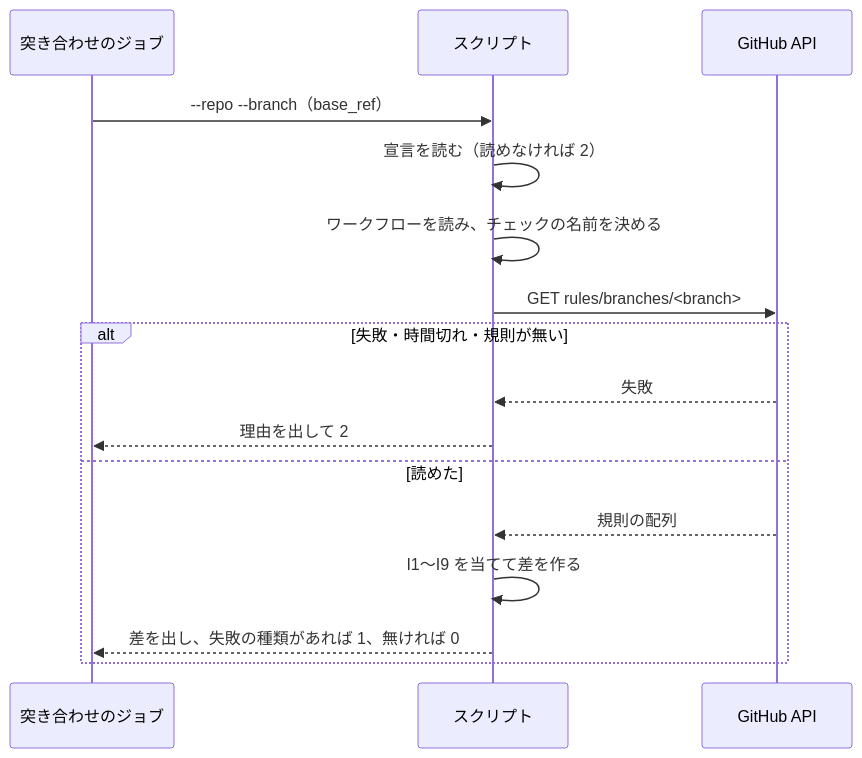
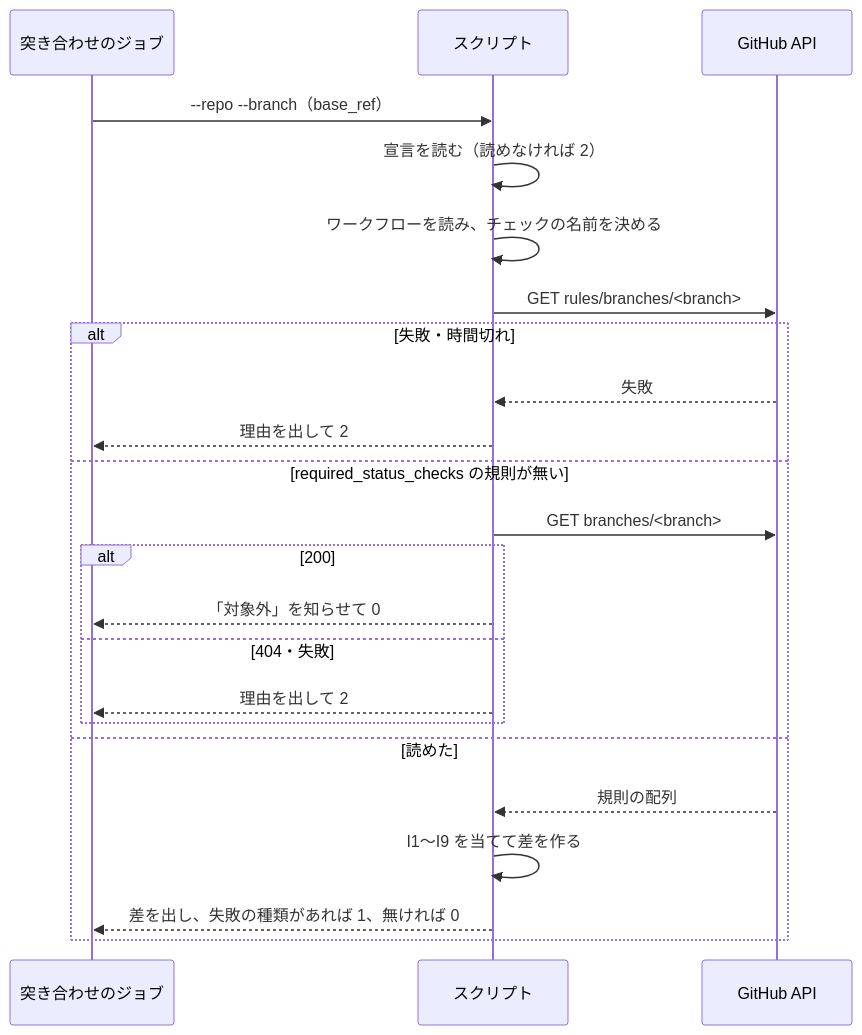
Before and after one commit to devbasex/ai-plugins: the fourth of 6 diagrams in issues/issue-653-design.md, drawn with Mermaid. The commit also changed other lines of this file, not shown here.

````diff
--- a/issues/issue-653-design.md
+++ b/issues/issue-653-design.md
@@ -256,18 +259,25 @@
 ```mermaid
 sequenceDiagram
     participant J as 突き合わせのジョブ
     participant S as スクリプト
     participant G as GitHub API
     J->>S: --repo --branch（base_ref）
     S->>S: 宣言を読む（読めなければ 2）
     S->>S: ワークフローを読み、チェックの名前を決める
     S->>G: GET rules/branches/<branch>
-    alt 失敗・時間切れ・規則が無い
+    alt 失敗・時間切れ
         G-->>S: 失敗
         S-->>J: 理由を出して 2
+    else required_status_checks の規則が無い
+        S->>G: GET branches/<branch>
+        alt 200
+            S-->>J: 「対象外」を知らせて 0
+        else 404・失敗
+            S-->>J: 理由を出して 2
+        end
     else 読めた
         G-->>S: 規則の配列
         S->>S: I1〜I9 を当てて差を作る
         S-->>J: 差を出し、失敗の種類があれば 1、無ければ 0
     end
 ```
````
